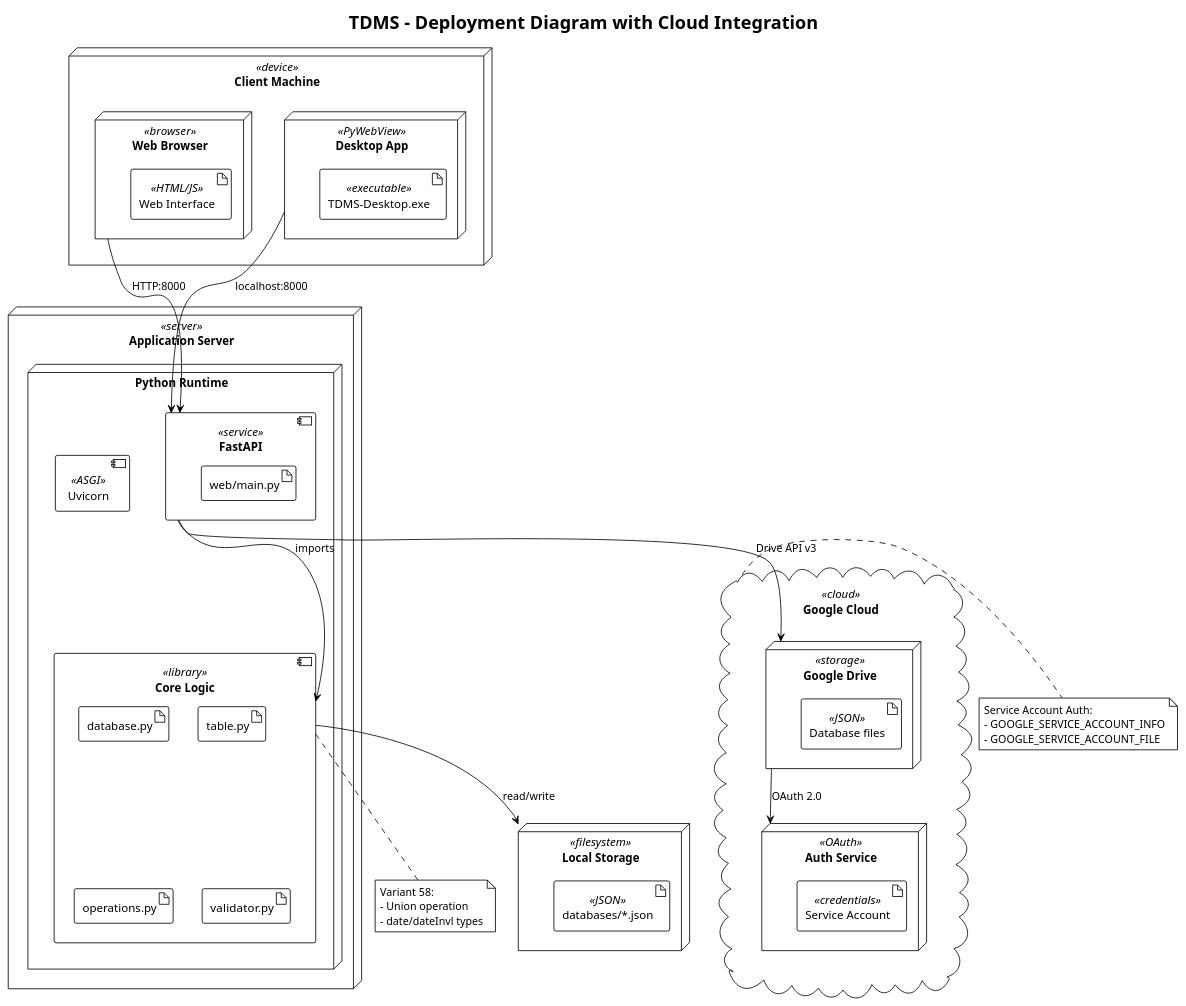
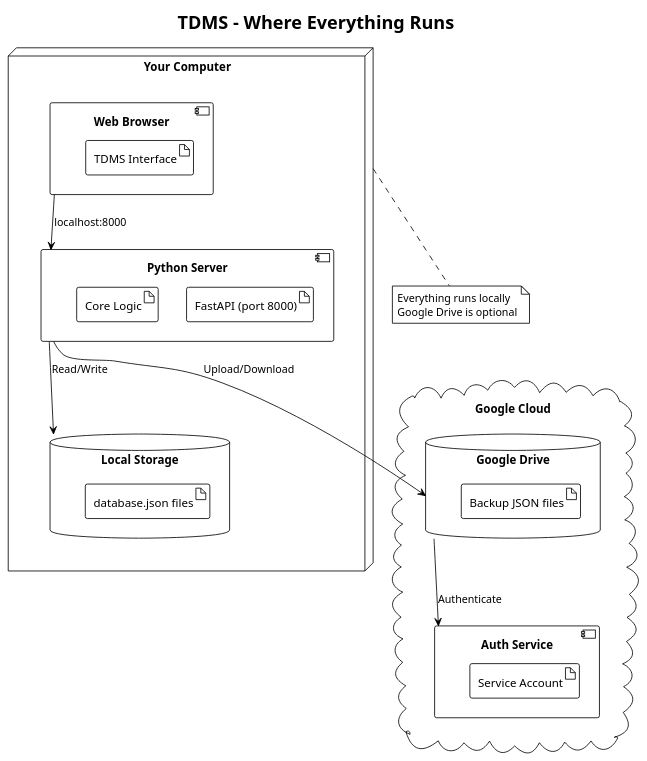
Before and after one commit to PavelShpagin/TDMS: the diagram in UML/09_deployment.puml, drawn with PlantUML. The commit also changed 26 other files, not shown here.

First line of the commit message:
Simplify and humanize UML diagrams based on actual code

```diff
--- a/UML/09_deployment.puml
+++ b/UML/09_deployment.puml
@@ -1,66 +1,40 @@
 @startuml deployment
 !theme plain
-title TDMS - Deployment Diagram with Cloud Integration
+title TDMS - Where Everything Runs
 
-node "Client Machine" <<device>> {
-  node "Web Browser" <<browser>> {
-    artifact "Web Interface" <<HTML/JS>>
+node "Your Computer" {
+  component "Web Browser" {
+    artifact "TDMS Interface"
   }
   
-  node "Desktop App" <<PyWebView>> {
-    artifact "TDMS-Desktop.exe" <<executable>>
+  component "Python Server" {
+    artifact "FastAPI (port 8000)"
+    artifact "Core Logic"
+  }
+  
+  database "Local Storage" {
+    artifact "database.json files"
   }
 }
 
-node "Application Server" <<server>> {
-  node "Python Runtime" {
-    component "FastAPI" <<service>> {
-      artifact "web/main.py"
-    }
-    
-    component "Core Logic" <<library>> {
-      artifact "database.py"
-      artifact "table.py"
-      artifact "operations.py"
-      artifact "validator.py"
-    }
-    
-    component "Uvicorn" <<ASGI>>
+cloud "Google Cloud" {
+  database "Google Drive" {
+    artifact "Backup JSON files"
+  }
+  
+  component "Auth Service" {
+    artifact "Service Account"
   }
 }
 
-node "Local Storage" <<filesystem>> {
-  artifact "databases/*.json" <<JSON>>
-}
+[Web Browser] --> [Python Server] : localhost:8000
+[Python Server] --> [Local Storage] : Read/Write
+[Python Server] --> [Google Drive] : Upload/Download
+[Google Drive] --> [Auth Service] : Authenticate
 
-cloud "Google Cloud" <<cloud>> {
-  node "Google Drive" <<storage>> {
-    artifact "Database files" <<JSON>>
-  }
-  
-  node "Auth Service" <<OAuth>> {
-    artifact "Service Account" <<credentials>>
-  }
-}
-
-' Connections
-"Web Browser" --> "FastAPI" : HTTP:8000
-"Desktop App" --> "FastAPI" : localhost:8000
-"FastAPI" --> "Core Logic" : imports
-"Core Logic" --> "Local Storage" : read/write
-"FastAPI" --> "Google Drive" : Drive API v3
-"Google Drive" --> "Auth Service" : OAuth 2.0
-
-note right of "Google Cloud"
-  Service Account Auth:
-  - GOOGLE_SERVICE_ACCOUNT_INFO
-  - GOOGLE_SERVICE_ACCOUNT_FILE
-end note
-
-note bottom of "Core Logic"
-  Variant 58:
-  - Union operation
-  - date/dateInvl types
+note bottom of "Your Computer"
+  Everything runs locally
+  Google Drive is optional
 end note
 
 @enduml
```
